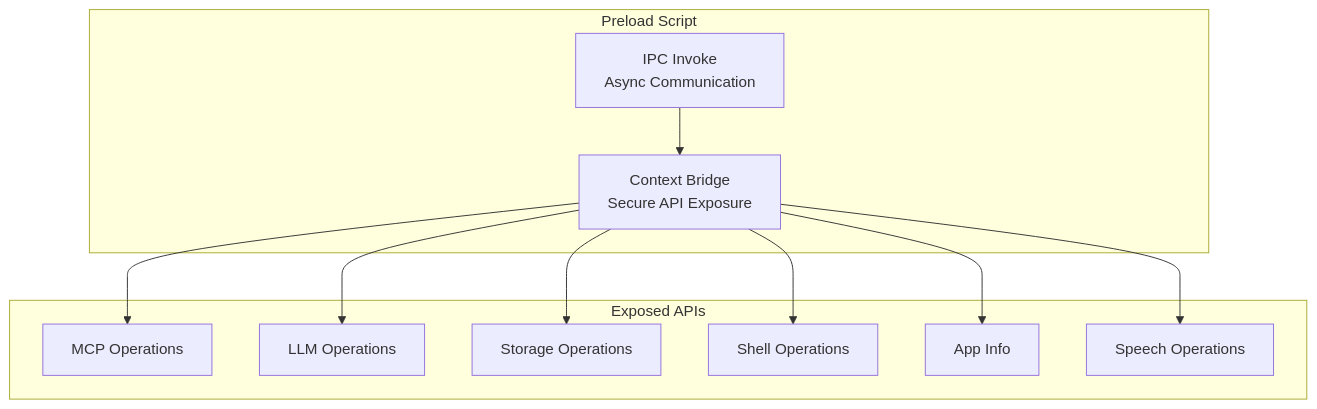
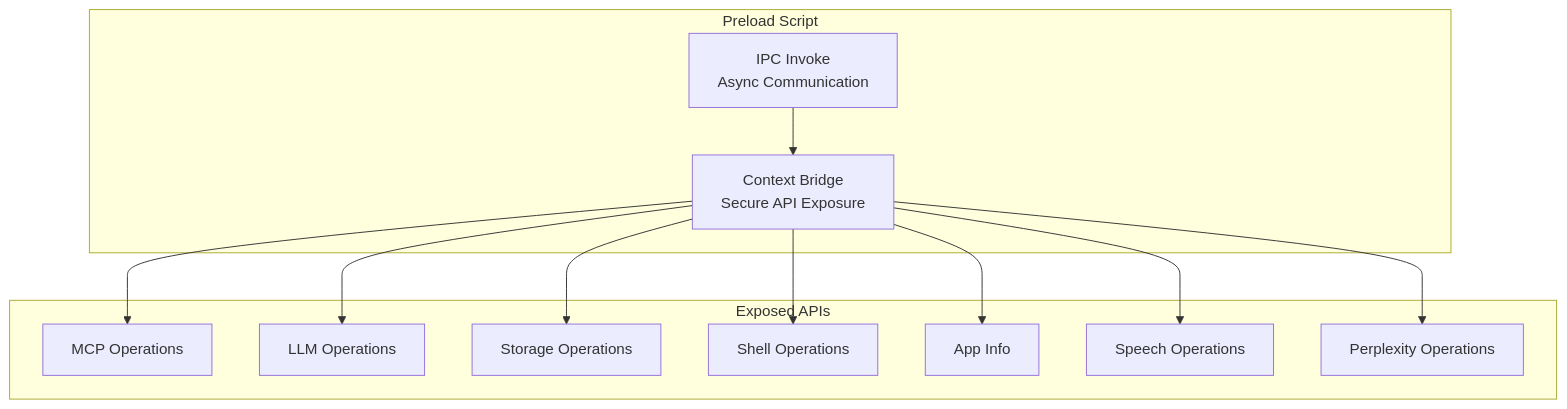
Before and after one commit to meharajM/ai-worker.app: the third of 31 diagrams in architecture.md, drawn with Mermaid. The commit also changed other lines of this file and 23 other files, not shown here.

````diff
--- a/architecture.md
+++ b/architecture.md
@@ -111,24 +115,26 @@
 ```mermaid
 graph TB
     subgraph "Preload Script"
         ContextBridge[Context Bridge<br/>Secure API Exposure]
         IPCInvoke[IPC Invoke<br/>Async Communication]
     end
 
     subgraph "Exposed APIs"
         MCPAPI[MCP Operations]
         LLMAPI[LLM Operations]
         StoreAPI[Storage Operations]
         ShellAPI[Shell Operations]
         AppAPI[App Info]
         SpeechAPI[Speech Operations]
+        PerplexityAPI[Perplexity Operations]
     end
 
     ContextBridge --> MCPAPI
     ContextBridge --> LLMAPI
     ContextBridge --> StoreAPI
     ContextBridge --> ShellAPI
     ContextBridge --> AppAPI
     ContextBridge --> SpeechAPI
+    ContextBridge --> PerplexityAPI
     IPCInvoke --> ContextBridge
 ```
````
